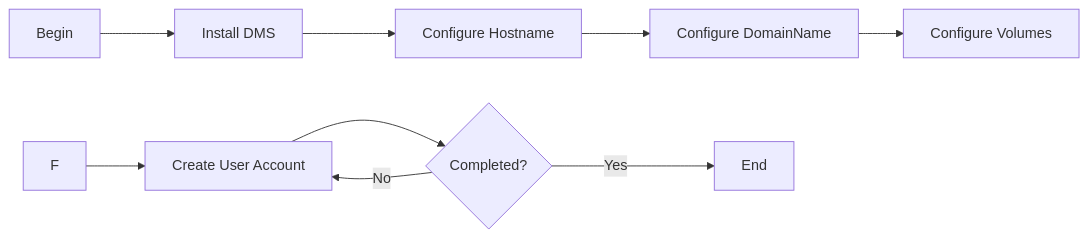
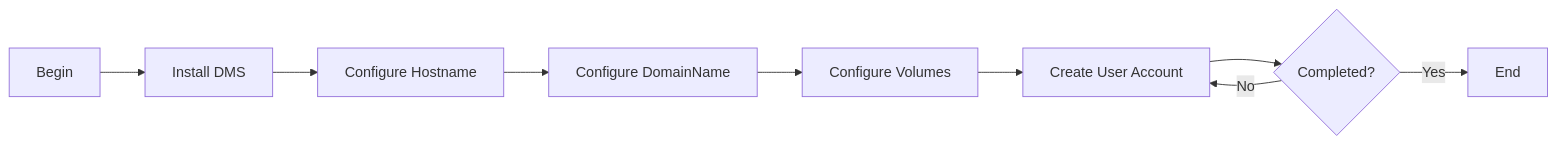
One commit to codersyacht/maximo-knowledge-center changed the diagram in devops/email/docker-mail-server.md. Above: the diagram before and after it, drawn with Mermaid.

````diff
--- a/devops/email/docker-mail-server.md
+++ b/devops/email/docker-mail-server.md
@@ -16,11 +16,11 @@
 ```mermaid
 graph LR
 A[Begin] --> B[Install DMS]
 B --> C[Configure Hostname]
 C --> D[Configure DomainName]
 D --> E[Configure Volumes]
-F --> G[Create User Account]
-G --> H{Completed?}
-H --> |No| G 
-H --> |Yes| I[End]
+E --> F[Create User Account]
+F --> G{Completed?}
+G --> |No| F 
+G --> |Yes| H[End]
 ```
````
